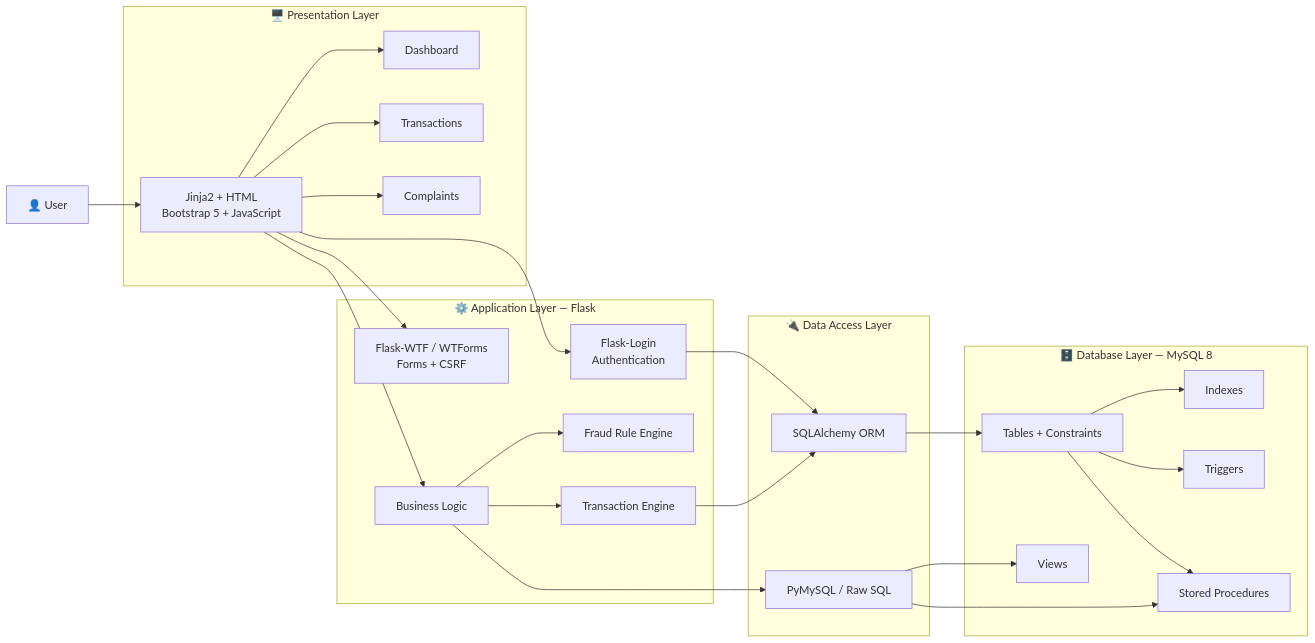
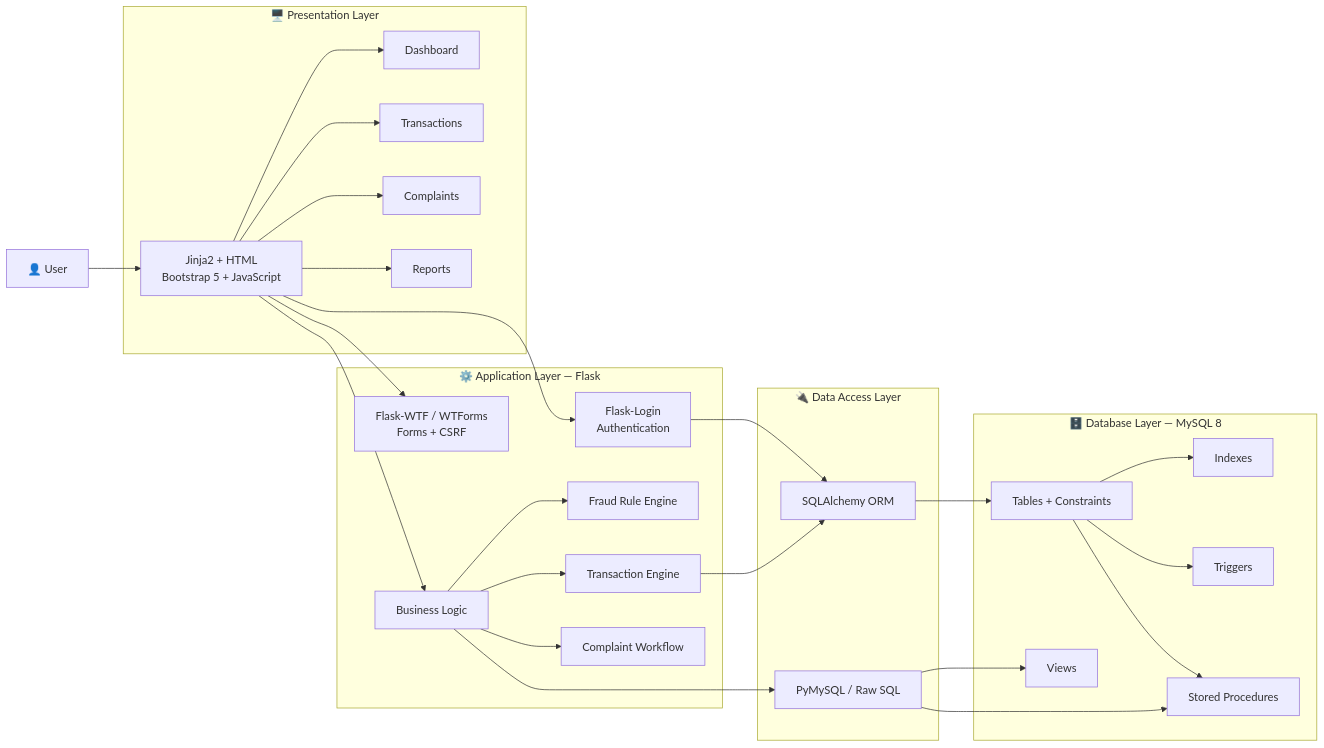
One commit to Er-Ishan-Srivastav/PayFlow-UPI-Management-System changed the first of 3 diagrams in README.md. Above: the diagram before and after it, drawn with Mermaid. The commit also changed other lines of this file, not shown here.

````diff
--- a/README.md
+++ b/README.md
@@ -89,55 +99,60 @@
 ```mermaid
 flowchart LR
     U["👤 User"]
 
     subgraph P["🖥️ Presentation Layer"]
         UI["Jinja2 + HTML<br/>Bootstrap 5 + JavaScript"]
         DASH["Dashboard"]
         TXUI["Transactions"]
         COMPUI["Complaints"]
+        REPORT["Reports"]
     end
 
     subgraph A["⚙️ Application Layer — Flask"]
         AUTH["Flask-Login<br/>Authentication"]
         FORMS["Flask-WTF / WTForms<br/>Forms + CSRF"]
         CORE["Business Logic"]
         FRAUD["Fraud Rule Engine"]
         TX["Transaction Engine"]
+        COMP["Complaint Workflow"]
     end
 
     subgraph DA["🔌 Data Access Layer"]
         ORM["SQLAlchemy ORM"]
         RAW["PyMySQL / Raw SQL"]
     end
 
     subgraph DB["🗄️ Database Layer — MySQL 8"]
         TABLES["Tables + Constraints"]
         IDX["Indexes"]
         VIEWS["Views"]
         TRIG["Triggers"]
         SP["Stored Procedures"]
     end
 
     U --> UI
     UI --> DASH
     UI --> TXUI
     UI --> COMPUI
+    UI --> REPORT
 
     UI --> AUTH
     UI --> FORMS
     UI --> CORE
 
     CORE --> TX
     CORE --> FRAUD
+    CORE --> COMP
+
     TX --> ORM
     AUTH --> ORM
     CORE --> RAW
 
     ORM --> TABLES
     RAW --> SP
     RAW --> VIEWS
 
     TABLES --> IDX
     TABLES --> TRIG
     TABLES --> SP
 ```
````
